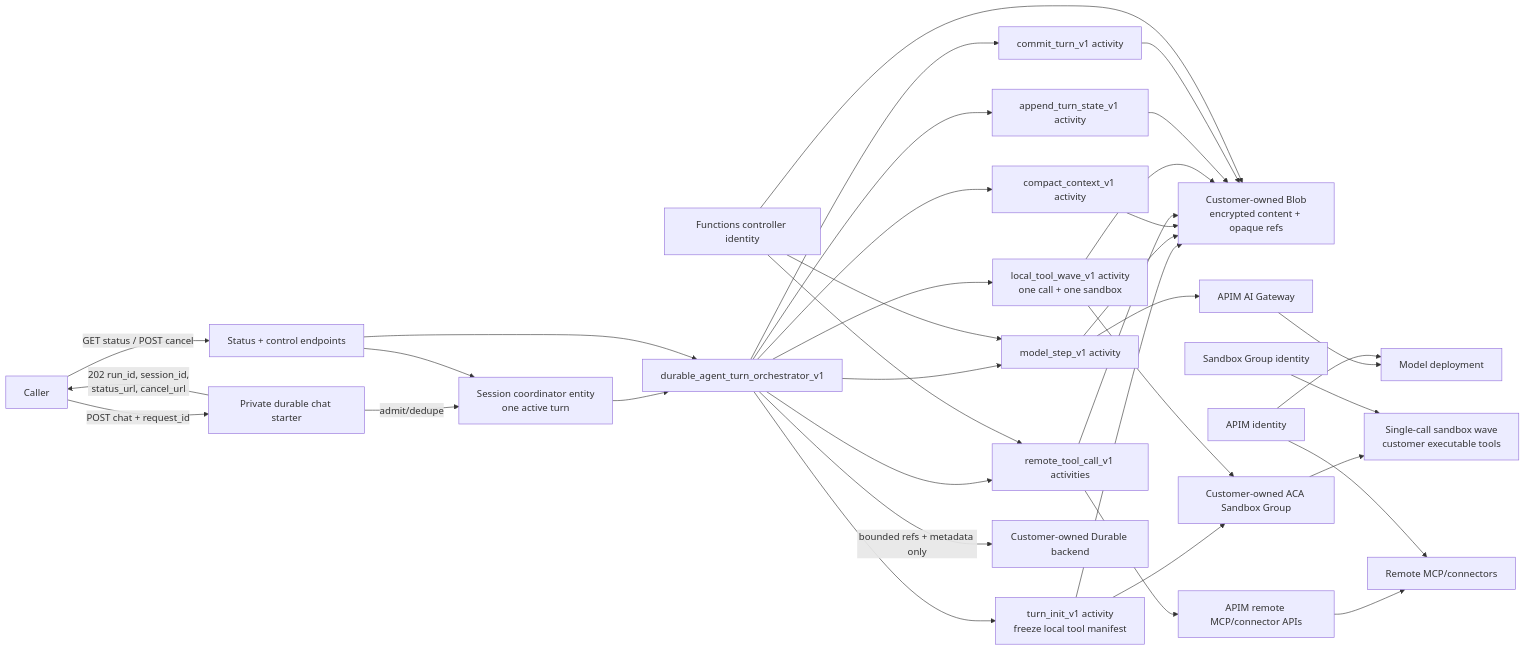
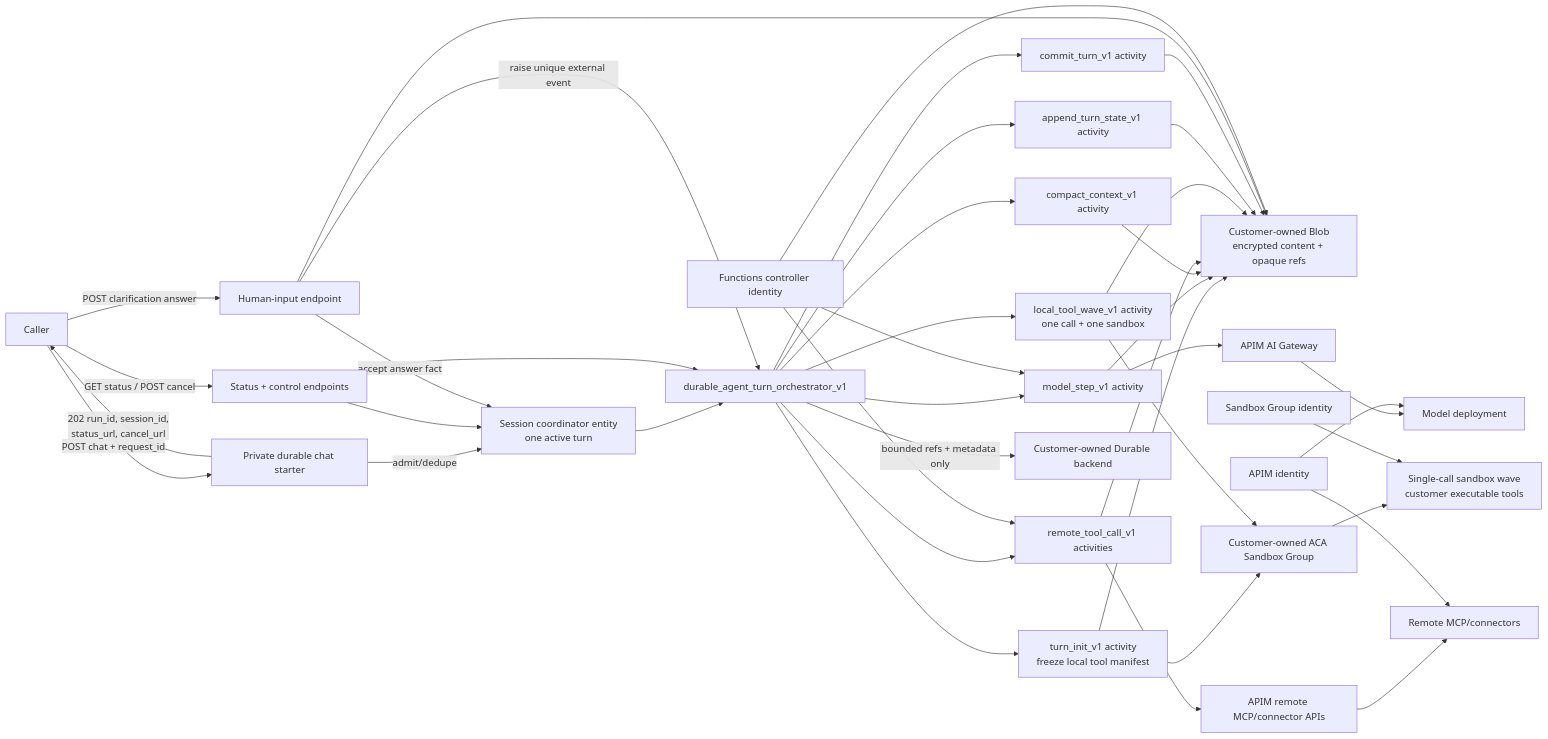
The first of 2 diagrams in docs/frds/0010-durable-agent-loop-spike.md (Azure/azure-functions-agents-runtime), drawn with Mermaid before and after one commit. The commit also changed other lines of this file, not shown here.

Commit message:
docs: add durable human clarification flow

````diff
--- a/docs/frds/0010-durable-agent-loop-spike.md
+++ b/docs/frds/0010-durable-agent-loop-spike.md
@@ -536,43 +606,47 @@
 ```mermaid
 flowchart LR
     C["Caller"] -->|"POST chat + request_id"| S["Private durable chat starter"]
     S -->|"admit/dedupe"| E["Session coordinator entity<br/>one active turn"]
     S -->|"202 run_id, session_id,<br/>status_url, cancel_url"| C
     E --> O["durable_agent_turn_orchestrator_v1"]
     C -->|"GET status / POST cancel"| X["Status + control endpoints"]
+    C -->|"POST clarification answer"| U["Human-input endpoint"]
     X --> E
     X --> O
+    U -->|"accept answer fact"| E
+    U -->|"raise unique external event"| O
 
     O --> I["turn_init_v1 activity<br/>freeze local tool manifest"]
     O --> M["model_step_v1 activity"]
     O --> K["compact_context_v1 activity"]
     O --> T["remote_tool_call_v1 activities"]
     O --> W["local_tool_wave_v1 activity<br/>one call + one sandbox"]
     O --> A["append_turn_state_v1 activity"]
     O --> F["commit_turn_v1 activity"]
 
     I --> B["Customer-owned Blob<br/>service encryption + opaque refs"]
     M --> B["Customer-owned Blob<br/>encrypted content + opaque refs"]
     K --> B
     T --> B
     W --> B
     A --> B
     F --> B
+    U --> B
     O -->|"bounded refs + metadata only"| D["Customer-owned Durable backend"]
 
     M --> P["APIM AI Gateway"]
     P --> AOAI["Model deployment"]
     T --> Q["APIM remote MCP/connector APIs"]
     Q --> R["Remote MCP/connectors"]
 
     I --> ACA["Customer-owned ACA Sandbox Group"]
     W --> ACA
     ACA --> H["Single-call sandbox wave<br/>customer executable tools"]
 
     I1["Functions controller identity"] --> M
     I1 --> T
     I1 --> B
     I2["APIM identity"] --> AOAI
     I2 --> R
     I3["Sandbox Group identity"] --> H
 ```
````
